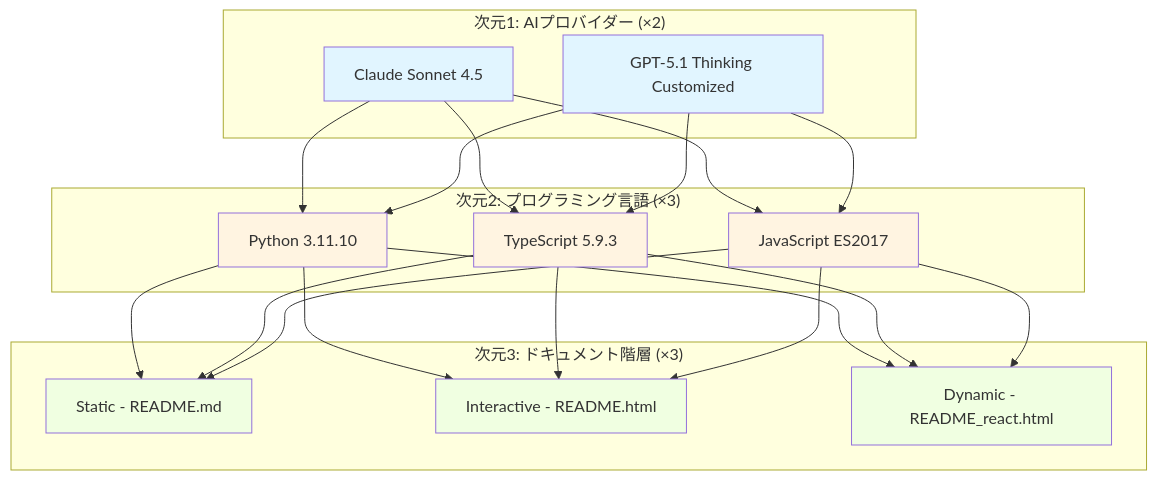
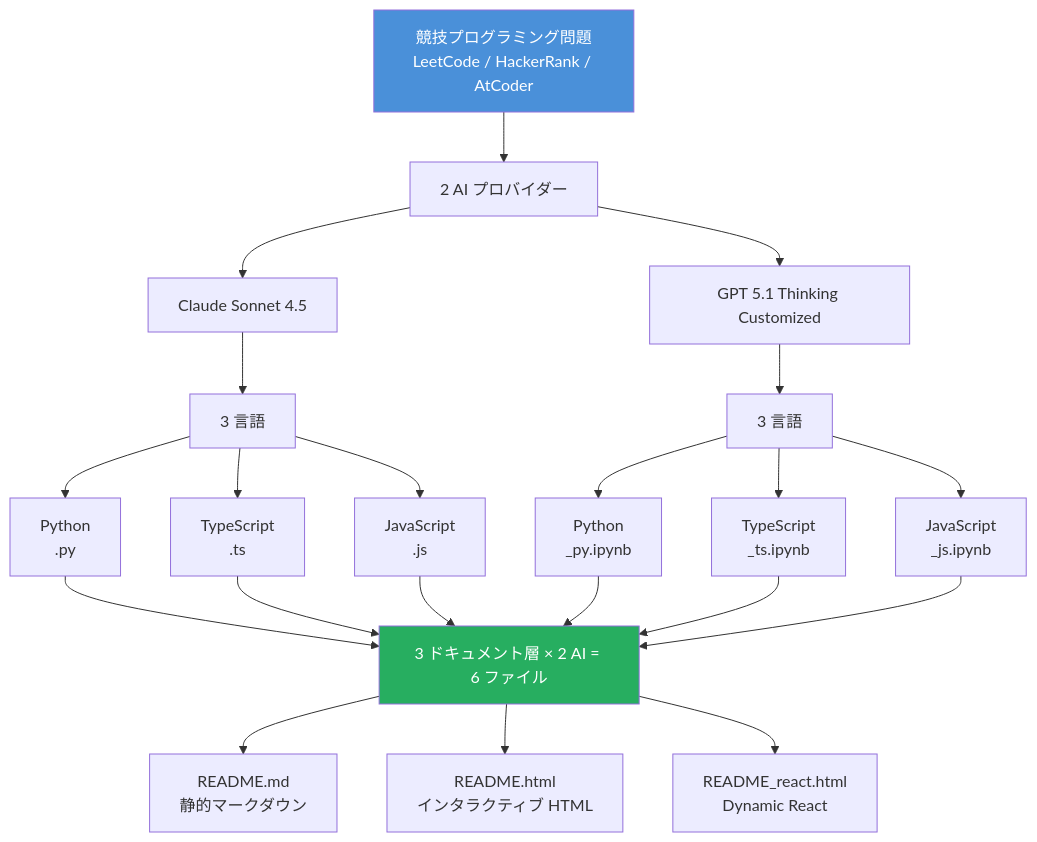
One commit to myoshi2891/Algorithm-DataStructures-Math-SQL changed the first of 12 diagrams in README.md. Above: the diagram before and after it, drawn with Mermaid. The commit also changed other lines of this file, not shown here.

````diff
--- a/README.md
+++ b/README.md
@@ -25,45 +31,27 @@
 ```mermaid
-graph TB
-    subgraph "次元1: AIプロバイダー (×2)"
-        A1[Claude Sonnet 4.5]
-        A2[GPT-5.1 Thinking Customized]
-    end
+graph TD
+    PROB["競技プログラミング問題<br>LeetCode / HackerRank / AtCoder"]
 
-    subgraph "次元2: プログラミング言語 (×3)"
-        L1[Python 3.11.10]
-        L2[TypeScript 5.9.3]
-        L3[JavaScript ES2017]
-    end
+    PROB --> AI["2 AI プロバイダー"]
+    AI --> C["Claude Sonnet 4.5"]
+    AI --> G["GPT 5.1 Thinking Customized"]
 
-    subgraph "次元3: ドキュメント階層 (×3)"
-        D1[Static - README.md]
-        D2[Interactive - README.html]
-        D3[Dynamic - README_react.html]
-    end
+    C --> LANG_C["3 言語"]
+    G --> LANG_G["3 言語"]
 
-    A1 --> L1
-    A1 --> L2
-    A1 --> L3
-    A2 --> L1
-    A2 --> L2
-    A2 --> L3
+    LANG_C --> PY_C["Python<br>.py"]
+    LANG_C --> TS_C["TypeScript<br>.ts"]
+    LANG_C --> JS_C["JavaScript<br>.js"]
 
-    L1 --> D1
-    L1 --> D2
-    L1 --> D3
-    L2 --> D1
-    L2 --> D2
-    L2 --> D3
-    L3 --> D1
-    L3 --> D2
-    L3 --> D3
+    LANG_G --> PY_G["Python<br>_py.ipynb"]
+    LANG_G --> TS_G["TypeScript<br>_ts.ipynb"]
+    LANG_G --> JS_G["JavaScript<br>_js.ipynb"]
 
-    style A1 fill:#e1f5ff
-    style A2 fill:#e1f5ff
-    style L1 fill:#fff4e1
-    style L2 fill:#fff4e1
-    style L3 fill:#fff4e1
-    style D1 fill:#f0ffe1
-    style D2 fill:#f0ffe1
-    style D3 fill:#f0ffe1
+    PY_C & TS_C & JS_C & PY_G & TS_G & JS_G --> DOC["3 ドキュメント層 × 2 AI = 6 ファイル"]
+    DOC --> D1["README.md<br>静的マークダウン"]
+    DOC --> D2["README.html<br>インタラクティブ HTML"]
+    DOC --> D3["README_react.html<br>Dynamic React"]
+
+    style PROB fill:#4A90D9,color:#fff
+    style DOC fill:#27AE60,color:#fff
 ```
````
